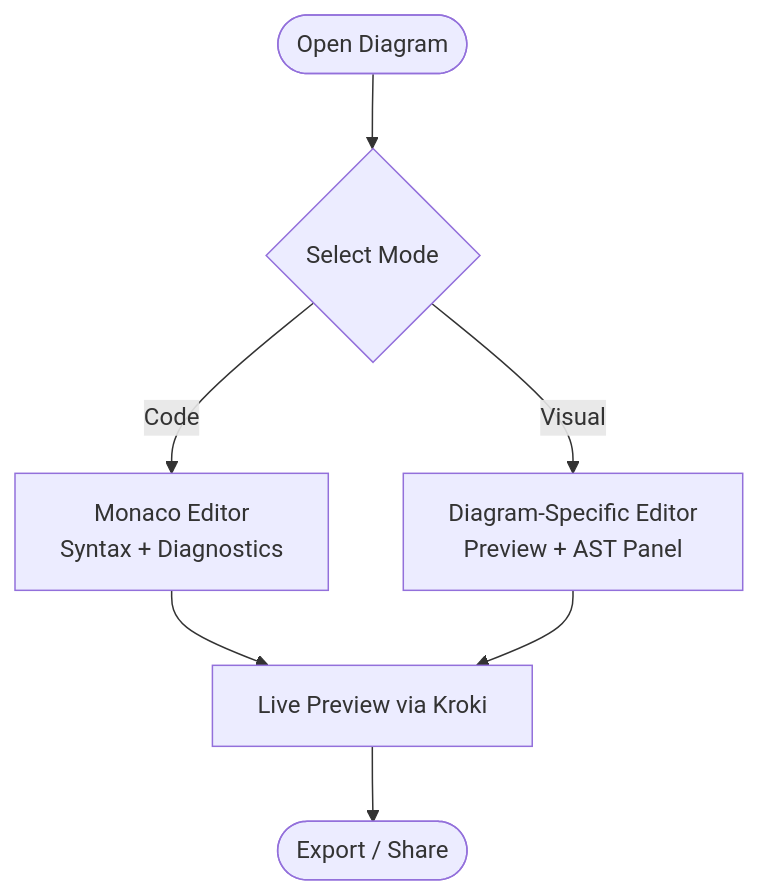
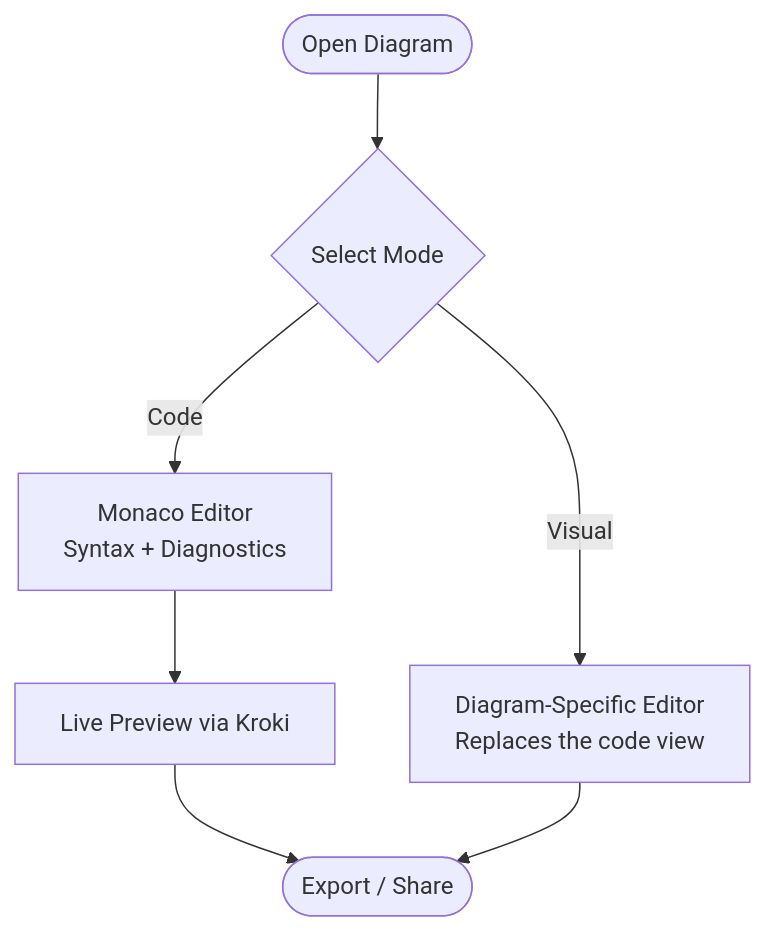
The third of 4 diagrams in .qoder/repowiki/en/content/Getting Started.md (ongchonghian/universal-diagram-editor), drawn with Mermaid before and after one commit. The commit also changed other lines of this file and 31 other files, not shown here.

````diff
--- a/.qoder/repowiki/en/content/Getting Started.md
+++ b/.qoder/repowiki/en/content/Getting Started.md
@@ -174,9 +169,9 @@
 ```mermaid
 flowchart TD
 Start(["Open Diagram"]) --> Mode{"Select Mode"}
 Mode --> |Code| Code["Monaco Editor<br/>Syntax + Diagnostics"]
-Mode --> |Visual| Visual["Diagram-Specific Editor<br/>Preview + AST Panel"]
+Mode --> |Visual| Visual["Diagram-Specific Editor<br/>Replaces the code view"]
 Code --> Preview["Live Preview via Kroki"]
-Visual --> Preview
 Preview --> End(["Export / Share"])
+Visual --> End
 ```
````
